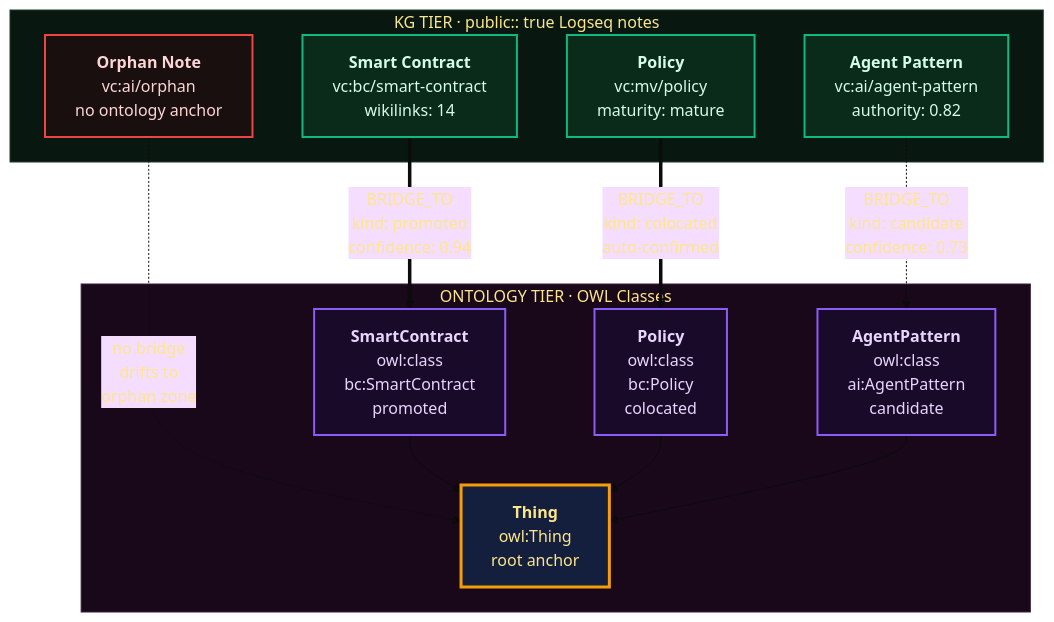
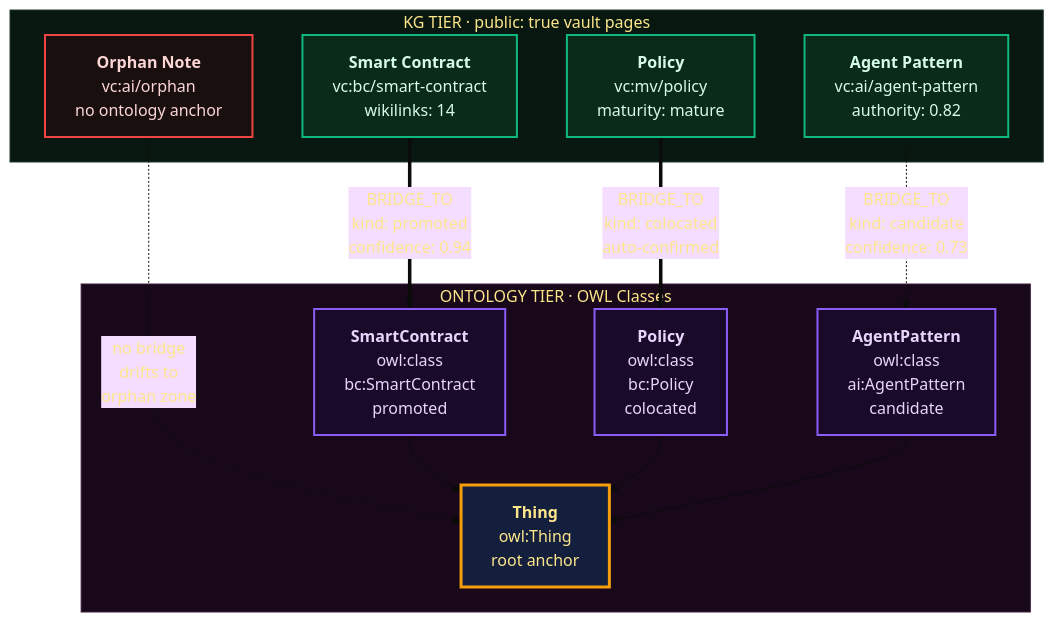
Before and after one commit to DreamLab-AI/AR-AI-Knowledge-Graph: the diagram in docs/assets/diagrams/07-dual-tier-identity.mmd, drawn with Mermaid (base theme). The commit also changed 35 other files, not shown here.

First line of the commit message:
docs: describe the Obsidian-vault corpus across living docs (Logseq → vault sweep)

```diff
--- a/docs/assets/diagrams/07-dual-tier-identity.mmd
+++ b/docs/assets/diagrams/07-dual-tier-identity.mmd
@@ -1,31 +1,31 @@
 flowchart TB
-    subgraph KG["  KG TIER · public:: true Logseq notes  "]
+    subgraph KG["  KG TIER · public: true vault pages  "]
         K1["<b>Smart Contract</b><br/>vc:bc/smart-contract<br/>wikilinks: 14"]:::kg
         K2["<b>Policy</b><br/>vc:mv/policy<br/>maturity: mature"]:::kg
         K3["<b>Orphan Note</b><br/>vc:ai/orphan<br/>no ontology anchor"]:::orphan
         K4["<b>Agent Pattern</b><br/>vc:ai/agent-pattern<br/>authority: 0.82"]:::kg
     end
 
     subgraph ONTO["  ONTOLOGY TIER · OWL Classes  "]
         O1["<b>SmartContract</b><br/>owl:class<br/>bc:SmartContract<br/>promoted"]:::onto
         O2["<b>Policy</b><br/>owl:class<br/>bc:Policy<br/>colocated"]:::onto
         O4["<b>AgentPattern</b><br/>owl:class<br/>ai:AgentPattern<br/>candidate"]:::onto
         OROOT["<b>Thing</b><br/>owl:Thing<br/>root anchor"]:::root
     end
 
     K1 ==>|"BRIDGE_TO<br/>kind: promoted<br/>confidence: 0.94"| O1
     K2 ==>|"BRIDGE_TO<br/>kind: colocated<br/>auto-confirmed"| O2
     K4 -.->|"BRIDGE_TO<br/>kind: candidate<br/>confidence: 0.73"| O4
     K3 -.->|"no bridge<br/>drifts to<br/>orphan zone"| OROOT
 
     O1 --> OROOT
     O2 --> OROOT
     O4 --> OROOT
 
     classDef kg fill:#0A2A1A,stroke:#10B981,stroke-width:2px,color:#D5FCE8
     classDef orphan fill:#1A0F0F,stroke:#EF4444,stroke-width:2px,color:#FCD5D5
     classDef onto fill:#1A0A2A,stroke:#8B5CF6,stroke-width:2px,color:#E8D5FC
     classDef root fill:#141F3D,stroke:#F59E0B,stroke-width:3px,color:#FDE68A
 
     style KG fill:#081810,stroke:#1E3A2E
     style ONTO fill:#18081A,stroke:#3A1E3A
```
